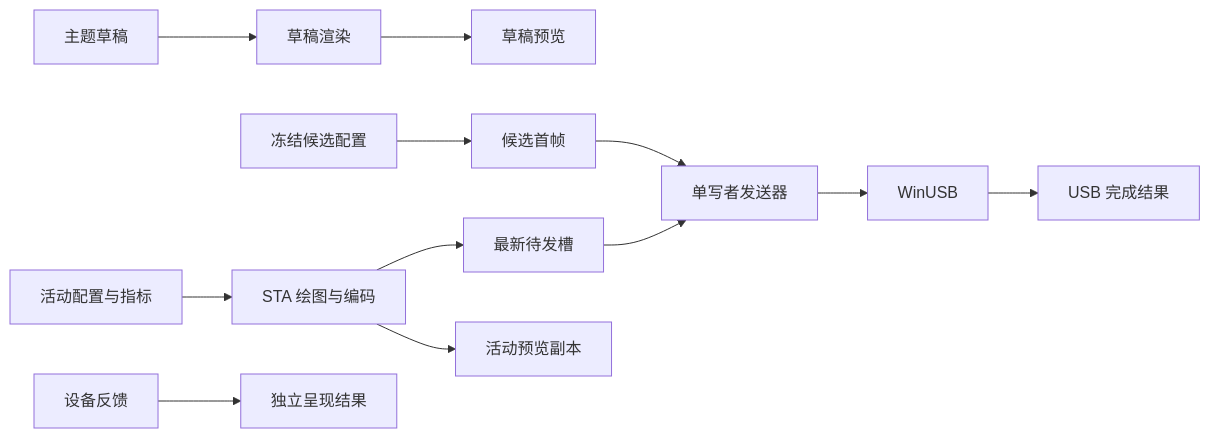
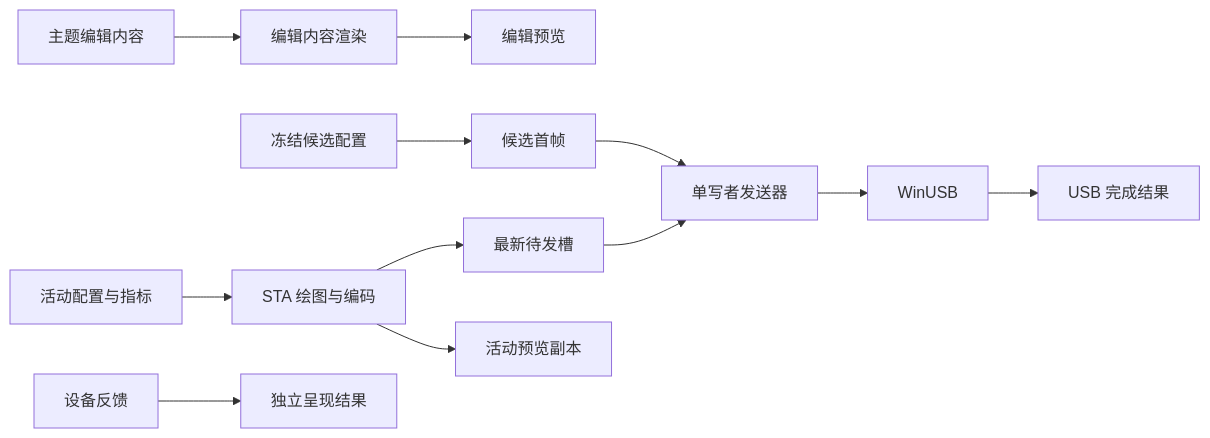
Before and after one commit to iamshen/USBDisplayHost: the diagram in openspec/changes/build-usb-display-host-v1/design.md, drawn with Mermaid. The commit also changed other lines of this file and 448 other files, not shown here.

````diff
--- a/openspec/changes/build-usb-display-host-v1/design.md
+++ b/openspec/changes/build-usb-display-host-v1/design.md
@@ -71,14 +71,14 @@
 ```mermaid
 flowchart LR
-    Draft[主题草稿] --> PreviewRender[草稿渲染]
-    PreviewRender --> DraftPreview[草稿预览]
+    Draft[主题编辑内容] --> PreviewRender[编辑内容渲染]
+    PreviewRender --> DraftPreview[编辑预览]
     Apply[冻结候选配置] --> First[候选首帧]
     Active[活动配置与指标] --> Render[STA 绘图与编码]
     Render --> Slot[最新待发槽]
     First --> Sender[单写者发送器]
     Slot --> Sender
     Sender --> USB[WinUSB]
     Render --> Preview[活动预览副本]
     USB --> Result[USB 完成结果]
     Feedback[设备反馈] --> Display[独立呈现结果]
 ```
````
